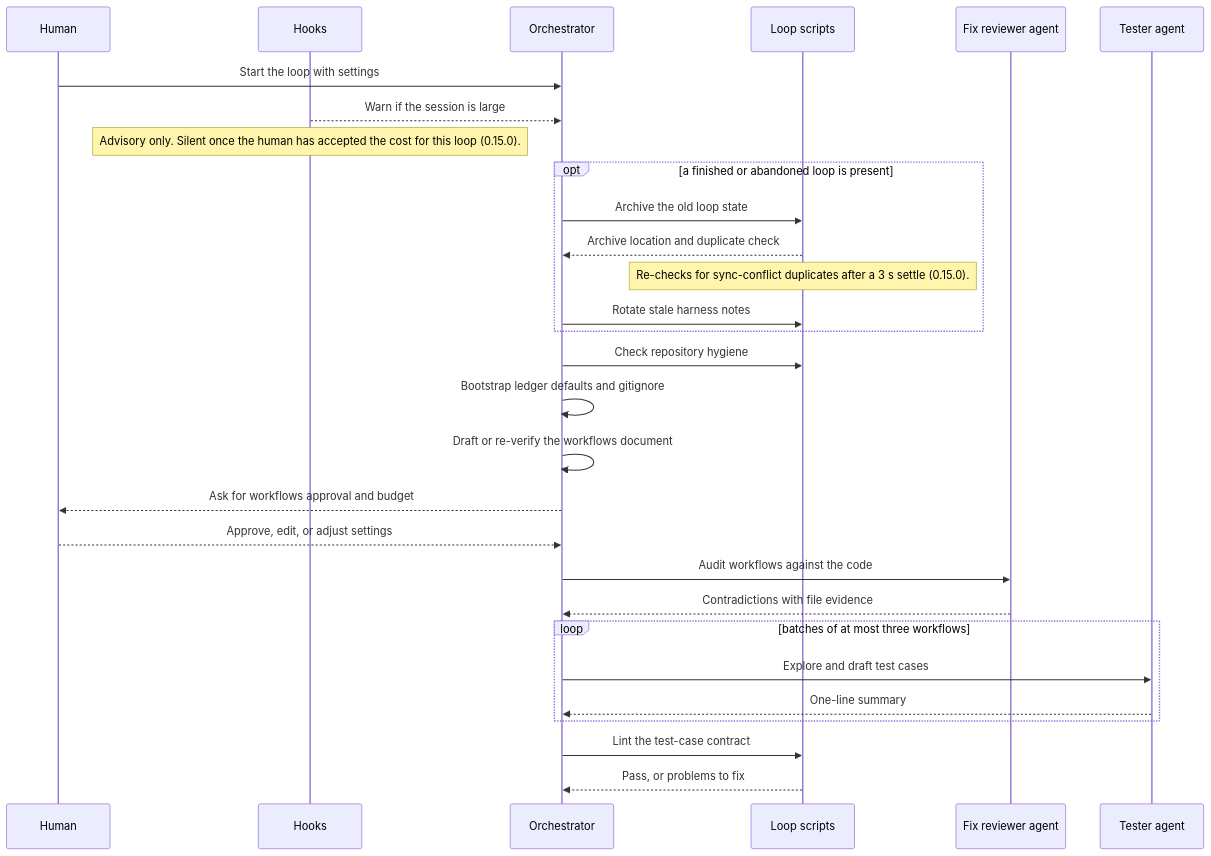
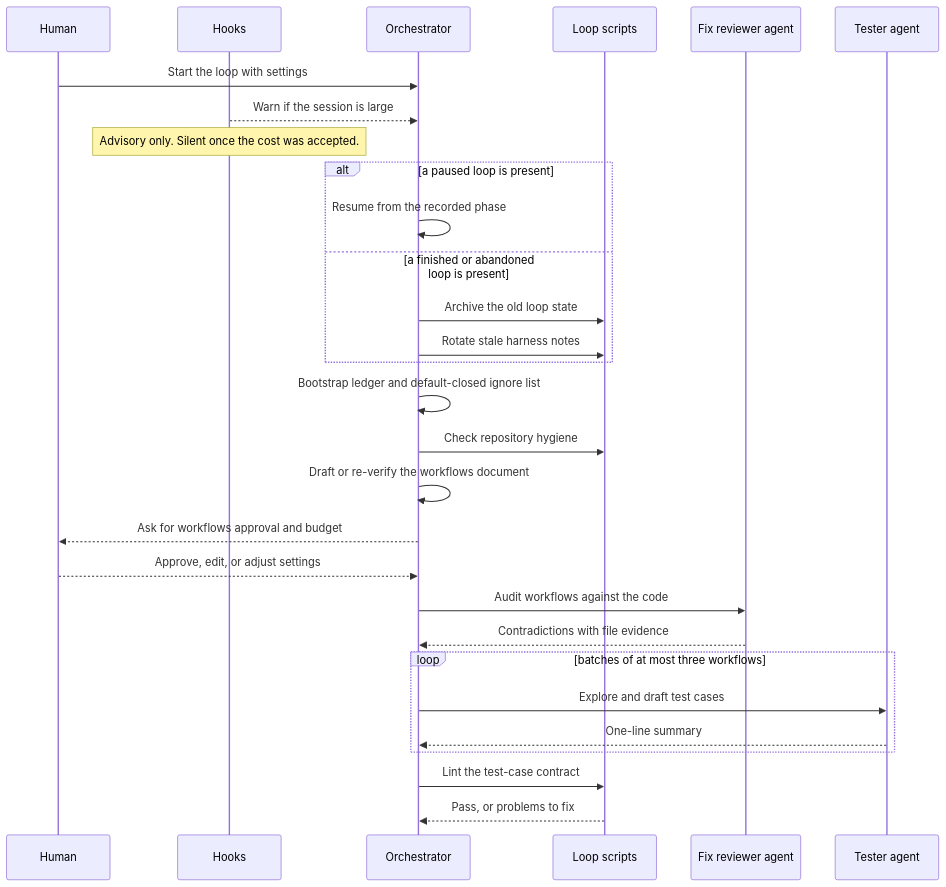
Before and after one commit to peterlit/quiller-claude-plugins: the tenth of 33 diagrams in docs/architecture/qa-loop-tools.md, drawn with Mermaid. The commit also changed other lines of this file and 5 other files, not shown here.

````diff
--- a/docs/architecture/qa-loop-tools.md
+++ b/docs/architecture/qa-loop-tools.md
@@ -289,31 +535,31 @@
 ```mermaid
 sequenceDiagram
     participant H as Human
     participant HK as Hooks
     participant O as Orchestrator
     participant S as Loop scripts
     participant FR as Fix reviewer agent
     participant T as Tester agent
     H->>O: Start the loop with settings
     HK-->>O: Warn if the session is large
-    Note over HK: Advisory only. Silent once the human has accepted the cost for this loop (0.15.0).
-    opt a finished or abandoned loop is present
+    Note over HK: Advisory only. Silent once the cost was accepted.
+    alt a paused loop is present
+        O->>O: Resume from the recorded phase
+    else a finished or abandoned loop is present
         O->>S: Archive the old loop state
-        S-->>O: Archive location and duplicate check
-        Note over S: Re-checks for sync-conflict duplicates after a 3 s settle (0.15.0).
         O->>S: Rotate stale harness notes
     end
+    O->>O: Bootstrap ledger and default-closed ignore list
     O->>S: Check repository hygiene
-    O->>O: Bootstrap ledger defaults and gitignore
     O->>O: Draft or re-verify the workflows document
     O-->>H: Ask for workflows approval and budget
     H-->>O: Approve, edit, or adjust settings
     O->>FR: Audit workflows against the code
     FR-->>O: Contradictions with file evidence
     loop batches of at most three workflows
         O->>T: Explore and draft test cases
         T-->>O: One-line summary
     end
     O->>S: Lint the test-case contract
     S-->>O: Pass, or problems to fix
 ```
````
